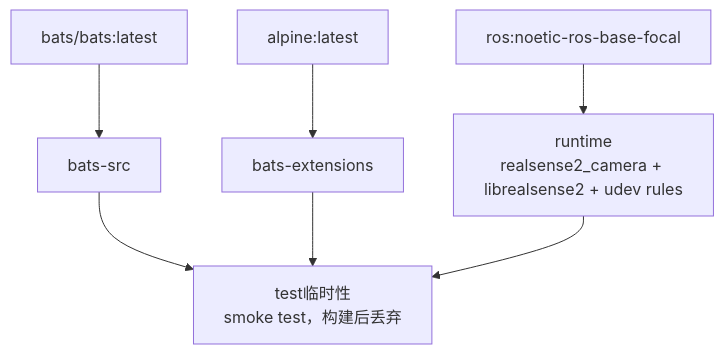
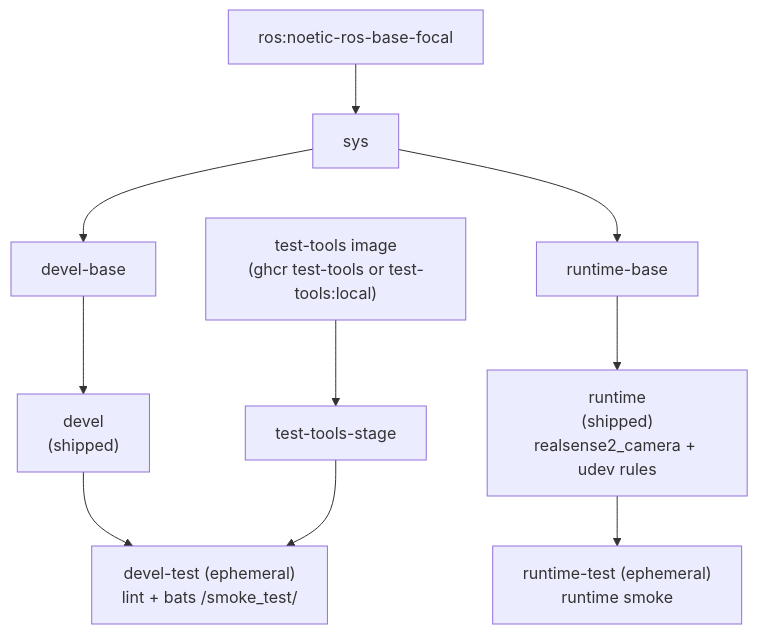
One commit to ycpss91255-docker/realsense_ros1 changed the diagram in doc/README.zh-CN.md. Above: the diagram before and after it, drawn with Mermaid. The commit also changed other lines of this file and 7 other files, not shown here.

First line of the commit message:
docs: ROS1 README re-sync + RGB-D demo-ization + CALIBRATION/CAMERA (epic #71) (#75)

````diff
--- a/doc/README.zh-CN.md
+++ b/doc/README.zh-CN.md
@@ -90,16 +246,19 @@
 ```mermaid
 graph TD
-    EXT1["bats/bats:latest"]
-    EXT2["alpine:latest"]
-    EXT3["ros:noetic-ros-base-focal"]
+    EXT1["test-tools image\n(ghcr test-tools or test-tools:local)"]
+    EXT2["ros:noetic-ros-base-focal"]
 
-    EXT1 --> bats-src["bats-src"]
-    EXT2 --> bats-ext["bats-extensions"]
+    EXT1 --> ttstage["test-tools-stage"]
 
-    EXT3 --> runtime["runtime\nrealsense2_camera + librealsense2 + udev rules"]
+    EXT2 --> sys["sys"]
 
-    bats-src --> test["test临时性\nsmoke test，构建后丢弃"]
-    bats-ext --> test
-    runtime --> test
+    sys --> develbase["devel-base"]
+    develbase --> devel["devel\n(shipped)"]
+    devel --> develtest["devel-test (ephemeral)\nlint + bats /smoke_test/"]
 
+    sys --> runtimebase["runtime-base"]
+    runtimebase --> runtime["runtime\n(shipped)\nrealsense2_camera + udev rules"]
+    runtime --> runtimetest["runtime-test (ephemeral)\nruntime smoke"]
+
+    ttstage --> develtest
 ```
````
